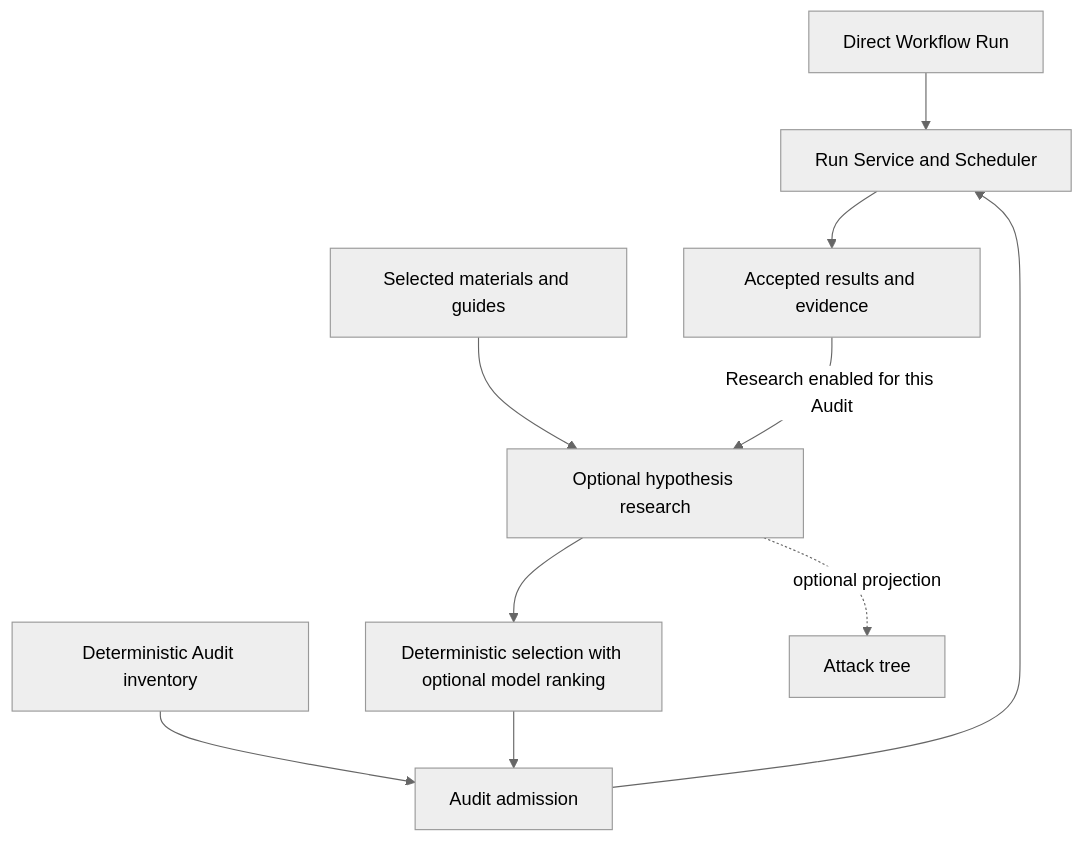
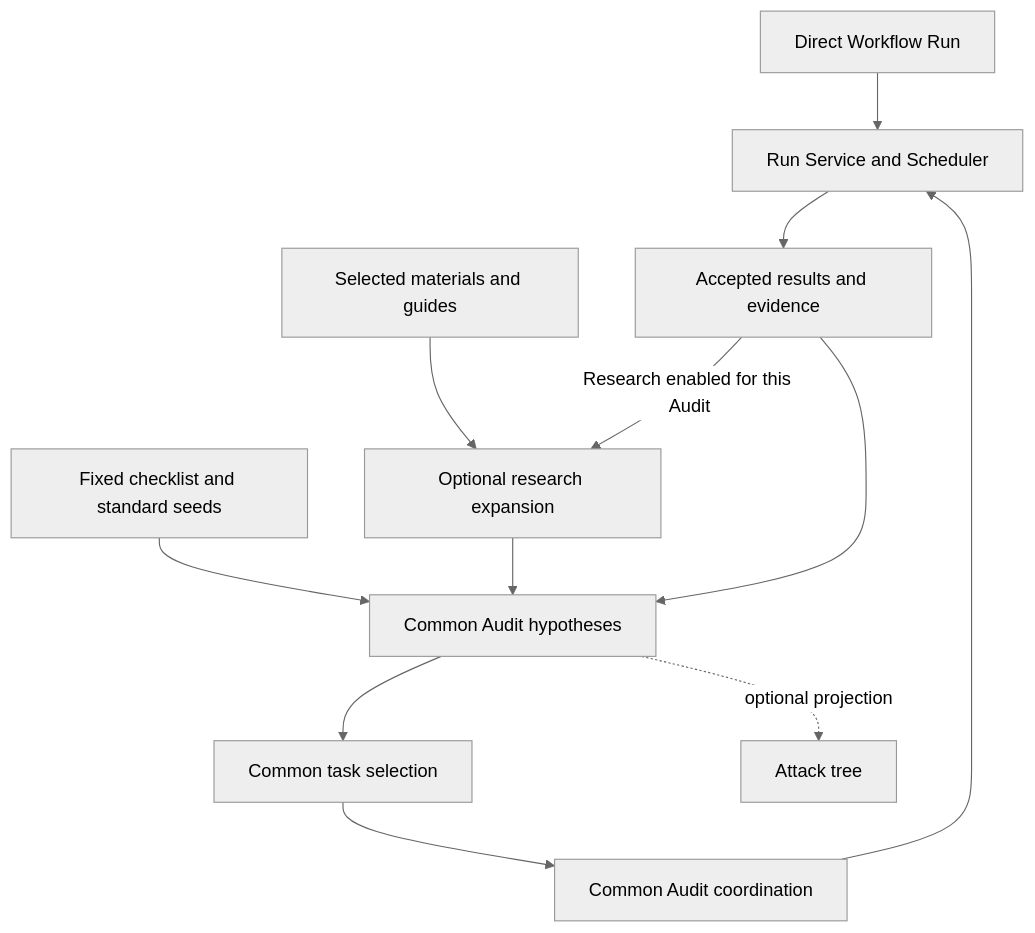
The diagram in docs/proposals/0045-audit-hypothesis-search.md (grauwolf32/contractor), drawn with Mermaid (neutral theme) before and after one commit. The commit also changed other lines of this file and 39 other files, not shown here.

First line of the commit message:
docs(audit): plan common task execution and hypothesis checks

````diff
--- a/docs/proposals/0045-audit-hypothesis-search.md
+++ b/docs/proposals/0045-audit-hypothesis-search.md
@@ -44,12 +53,14 @@
 ```mermaid
 flowchart TD
     W[Direct Workflow Run] --> R[Run Service and Scheduler]
-    I[Deterministic Audit inventory] --> A[Audit admission]
-    M[Selected materials and guides] --> H[Optional hypothesis research]
-    H --> S[Deterministic selection with optional model ranking]
-    S --> A
+    I[Fixed checklist and standard seeds] --> H[Common Audit hypotheses]
+    M[Selected materials and guides] --> G[Optional research expansion]
+    G --> H
+    H --> S[Common task selection]
+    S --> A[Common Audit coordination]
     A --> R
     R --> E[Accepted results and evidence]
-    E -->|Research enabled for this Audit| H
+    E --> H
+    E -->|Research enabled for this Audit| G
     H -. optional projection .-> T[Attack tree]
 ```
````
